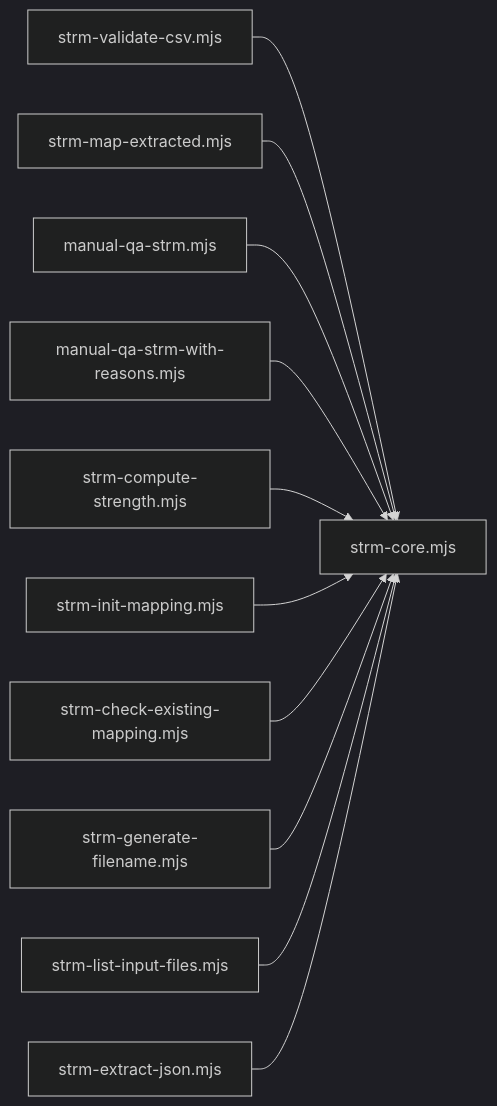
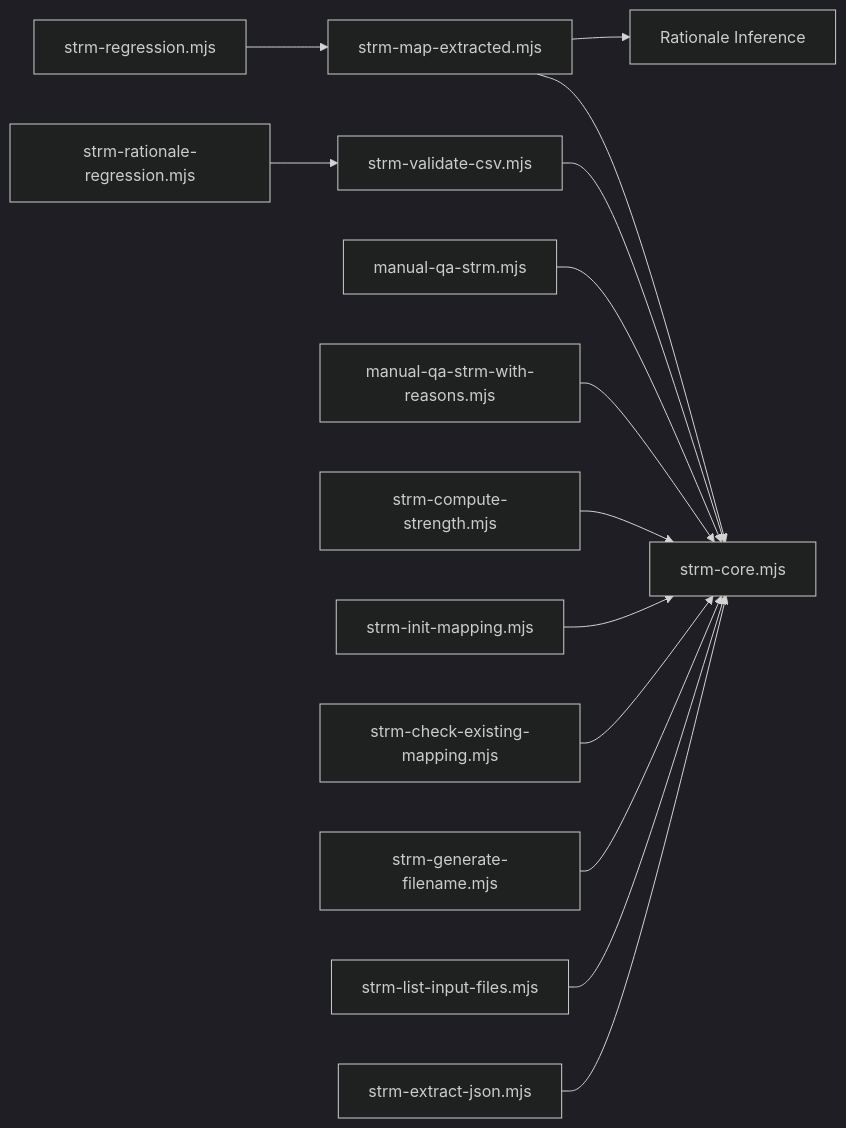
One commit to austinsonger/GRC-Mapping-Analyst changed the eighth of 8 diagrams in .qoder/repowiki/en/content/Core Processing Engine and Algorithms/Quality Assurance and Error Handling.md. Above: the diagram before and after it, drawn with Mermaid (dark theme). The commit also changed other lines of this file and 4 other files, not shown here.

````diff
--- a/.qoder/repowiki/en/content/Core Processing Engine and Algorithms/Quality Assurance and Error Handling.md
+++ b/.qoder/repowiki/en/content/Core Processing Engine and Algorithms/Quality Assurance and Error Handling.md
@@ -314,13 +385,16 @@
 ```mermaid
 graph LR
 VCSV["strm-validate-csv.mjs"] --> CORE["strm-core.mjs"]
 MAPX["strm-map-extracted.mjs"] --> CORE
+MAPX --> INF["Rationale Inference"]
 MANUALEX["manual-qa-strm.mjs"] --> CORE
 MANUALR["manual-qa-strm-with-reasons.mjs"] --> CORE
 STRENGTH["strm-compute-strength.mjs"] --> CORE
 INIT["strm-init-mapping.mjs"] --> CORE
 CHECK["strm-check-existing-mapping.mjs"] --> CORE
 GEN["strm-generate-filename.mjs"] --> CORE
 LIST["strm-list-input-files.mjs"] --> CORE
 EXJSON["strm-extract-json.mjs"] --> CORE
+REGTEST["strm-rationale-regression.mjs"] --> VCSV
+REGTEST2["strm-regression.mjs"] --> MAPX
 ```
````
